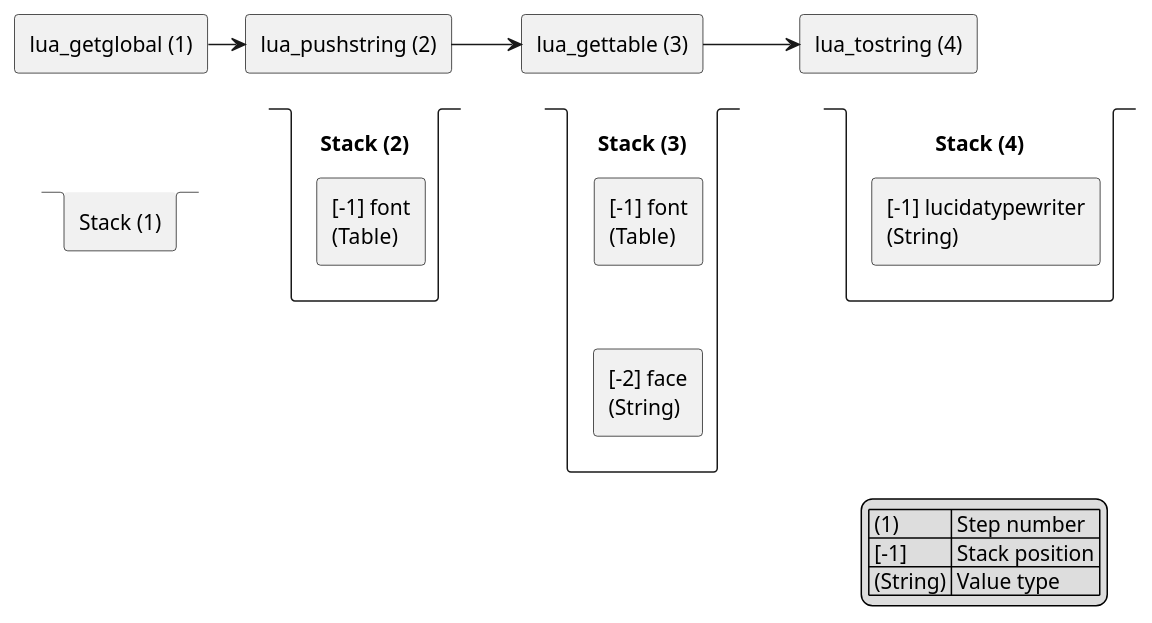
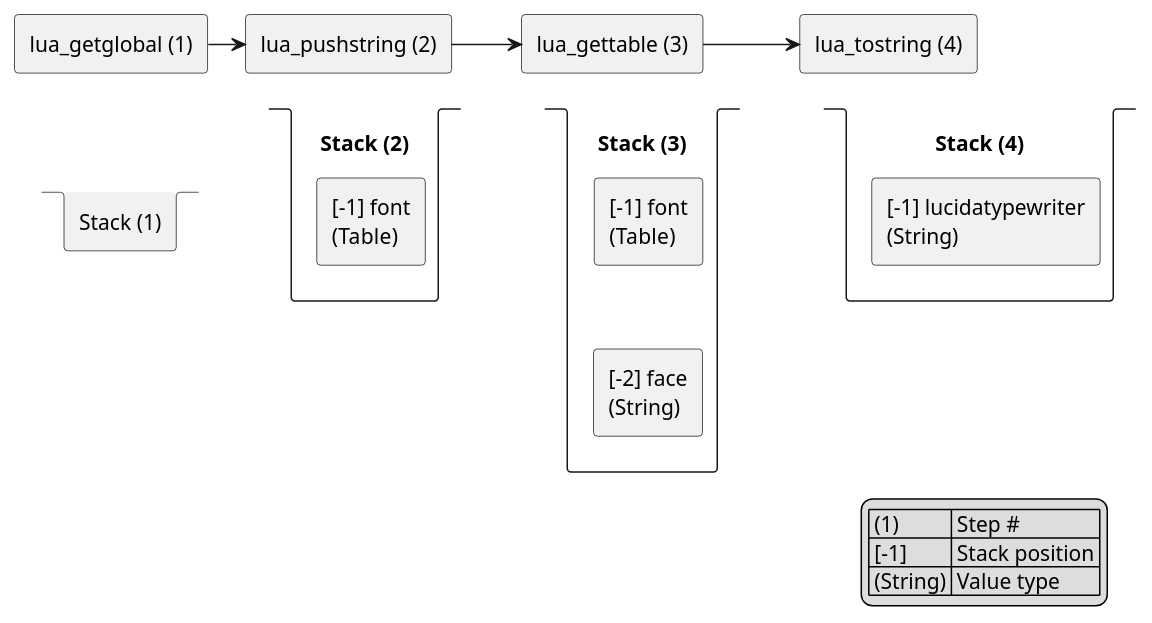
Before and after one commit to unexist/blog: the second of 2 diagrams in _drafts/embedding-other-languages.adoc, drawn with PlantUML. The commit also changed other lines of this file and 5 other files, not shown here.

```diff
--- a/_drafts/embedding-other-languages.adoc
+++ b/_drafts/embedding-other-languages.adoc
@@ -587,58 +587,58 @@
 [plantuml]
 ----
 '!theme unexist from {{ site.asciidoctor_attributes.plantumldir }}
 
 skinparam linetype ortho
 skinparam nodesep 20
 skinparam ranksep 20
 
 together {
     rectangle "lua_getglobal (1)" as l1
     stack "Stack (1)" as s1
 }
 
 together {
     rectangle "lua_pushstring (2)" as l2
     stack "Stack (2)" as s2 {
         rectangle "[-1] font\n(Table)"
     }
 }
 
 together {
     rectangle "lua_gettable (3)" as l3
     stack "Stack (3)" as s3 {
         rectangle "[-1] font\n(Table)" as s3_font
         rectangle "[-2] face\n(String)"  as s3_face
     }
 }
 
 together {
     rectangle "lua_tostring (4)" as l4
     stack "Stack (4)" as s4 {
         rectangle "[-1] lucidatypewriter\n(String)" as s4_luci
     }
 }
 
 legend right
-    | (1) | Step number |
+    | (1) | Step # |
     | [-1] | Stack position |
     | (String) | Value type |
 endlegend
 
 ' Placement
 s3_font -[hidden]d-> s3_face
 
 s1 -[hidden]r-> s2
 s2 -[hidden]r-> s3
 s3 -[hidden]r-> s4
 
 l1 -[hidden]d-> s1
 l2 -[hidden]d-> s2
 l3 -[hidden]d-> s3
 l4 -[hidden]d-> s4
 
 ' Arrows
 l1 -r--> l2
 l2 -r--> l3
 l3 -r--> l4
 ----
```
